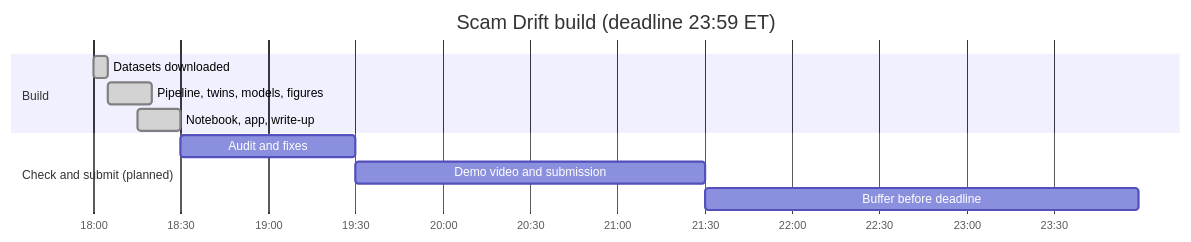
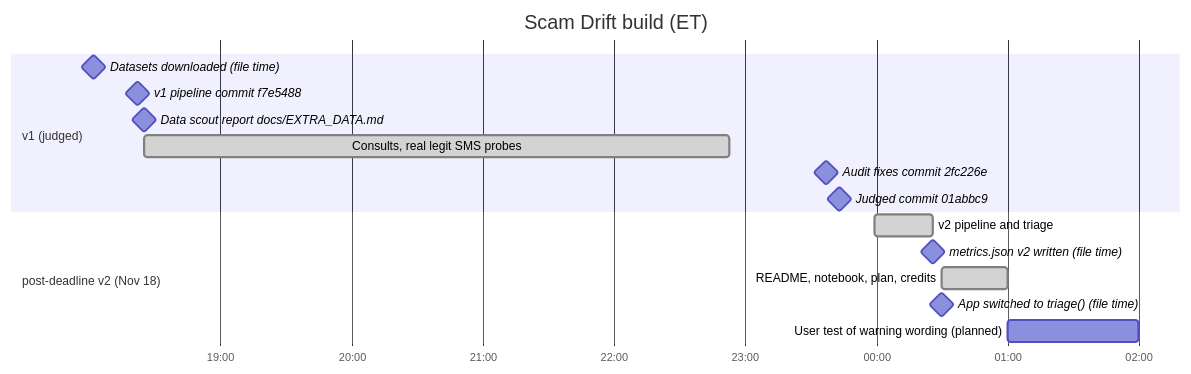
One commit to KnigguKniggu-droid/scam-drift changed the fourth of 4 diagrams in docs/PLAN.md. Above: the diagram before and after it, drawn with Mermaid. The commit also changed other lines of this file and 28 other files, not shown here.

Commit message:
Post-deadline v2 (Nov 18): real-legit fix variants, three-tier triage, half-life, learning curve, multilingual pairing, audits

````diff
--- a/docs/PLAN.md
+++ b/docs/PLAN.md
@@ -60,14 +85,19 @@
 ```mermaid
 gantt
-    title Scam Drift build (deadline 23:59 ET)
-    dateFormat HH:mm
+    title Scam Drift build (ET)
+    dateFormat YYYY-MM-DD HH:mm
     axisFormat %H:%M
-    section Build
-    Datasets downloaded                 :done, b0, 18:00, 5m
-    Pipeline, twins, models, figures    :done, b1, 18:05, 15m
-    Notebook, app, write-up             :done, b2, 18:15, 15m
-    section Check and submit (planned)
-    Audit and fixes                     :c1, 18:30, 60m
-    Demo video and submission           :c2, 19:30, 120m
-    Buffer before deadline              :c3, 21:30, 149m
+    section v1 (judged)
+    Datasets downloaded (file time)          :milestone, m1, 2026-11-17 18:02, 0m
+    v1 pipeline commit f7e5488               :milestone, m2, 2026-11-17 18:22, 0m
+    Data scout report docs/EXTRA_DATA.md     :milestone, m3, 2026-11-17 18:25, 0m
+    Consults, real legit SMS probes          :done, w1, 2026-11-17 18:25, 268m
+    Audit fixes commit 2fc226e               :milestone, m4, 2026-11-17 23:37, 0m
+    Judged commit 01abbc9                    :milestone, m5, 2026-11-17 23:43, 0m
+    section post-deadline v2 (Nov 18)
+    v2 pipeline and triage                   :done, w2, 2026-11-17 23:59, 27m
+    metrics.json v2 written (file time)      :milestone, m6, 2026-11-18 00:26, 0m
+    README, notebook, plan, credits          :done, w3, 2026-11-18 00:30, 30m
+    App switched to triage() (file time)     :milestone, m7, 2026-11-18 00:30, 0m
+    User test of warning wording (planned)   :w4, 2026-11-18 01:00, 60m
 ```
````
